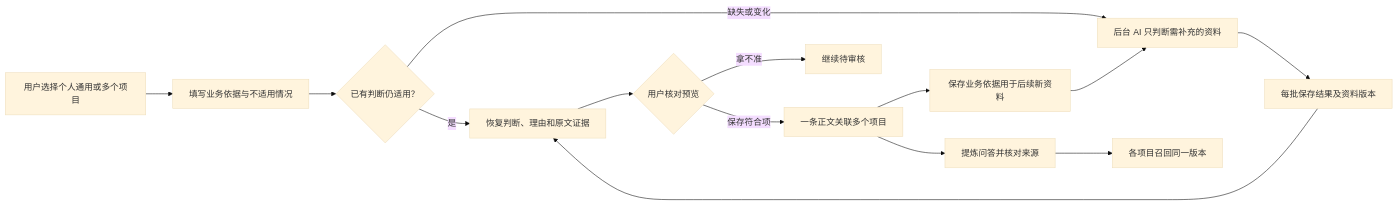
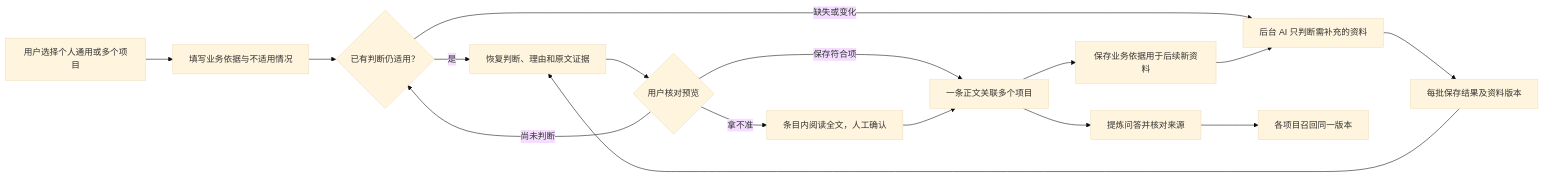
Before and after one commit to 1942293420/Evolvmem_MCP: the second of 2 diagrams in docs/context-core.md, drawn with Mermaid (base theme). The commit also changed other lines of this file and 7 other files, not shown here.

Commit message:
fix: refresh recovery previews and complete batch review flow

````diff
--- a/docs/context-core.md
+++ b/docs/context-core.md
@@ -184,16 +186,18 @@
 ```mermaid
 flowchart LR
   A[用户选择个人通用或多个项目] --> B[填写业务依据与不适用情况]
   B --> K{已有判断仍适用？}
   K -->|是| D[恢复判断、理由和原文证据]
   K -->|缺失或变化| C[后台 AI 只判断需补充的资料]
   C --> L[每批保存结果及资料版本]
   L --> D
   D --> E{用户核对预览}
   E -->|保存符合项| F[一条正文关联多个项目]
-  E -->|拿不准| G[继续待审核]
+  E -->|拿不准| G[条目内阅读全文，人工确认]
+  G --> F
+  E -->|尚未判断| K
   F --> H[提炼问答并核对来源]
   H --> I[各项目召回同一版本]
   F --> J[保存业务依据用于后续新资料]
   J --> C
 ```
````
